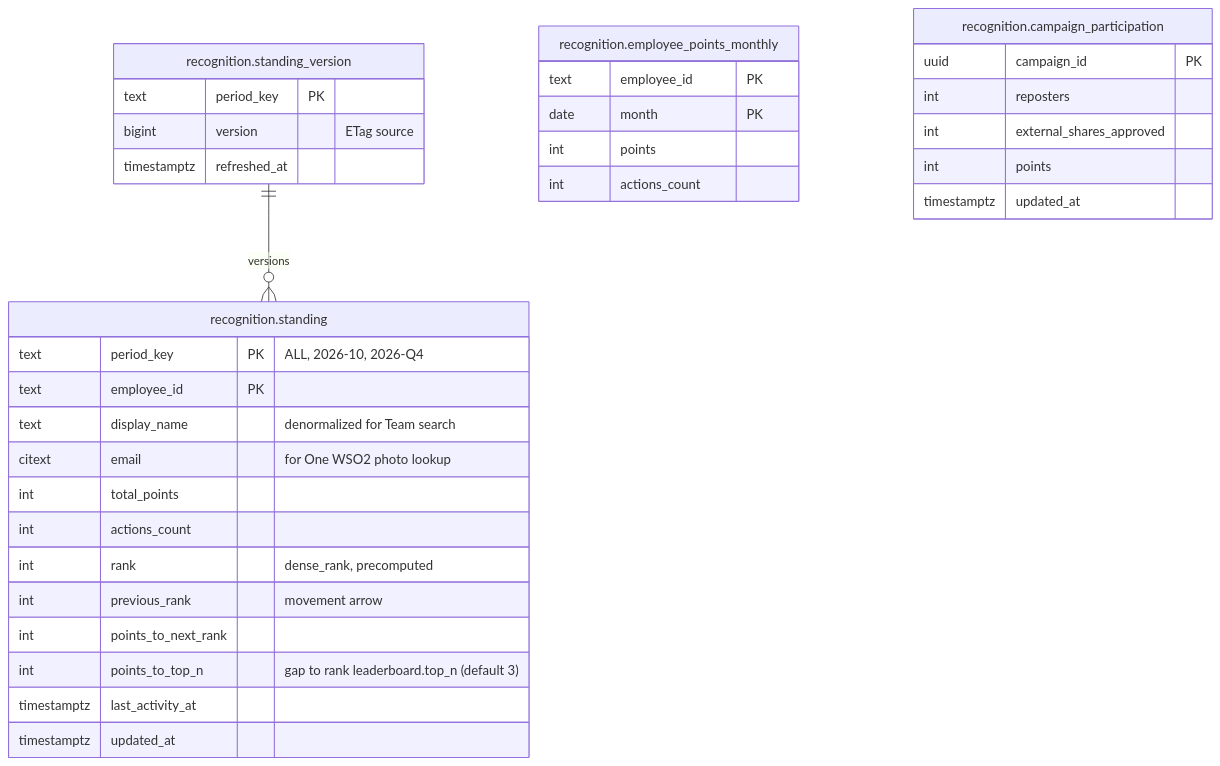
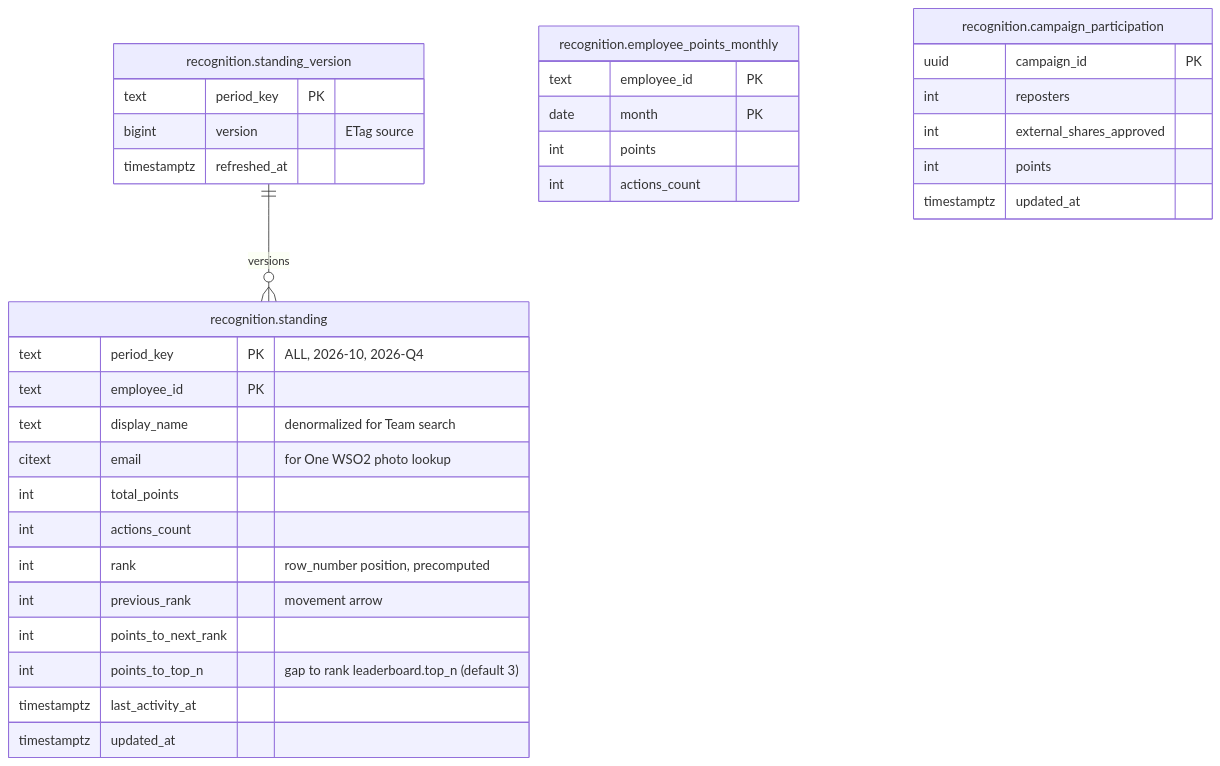
One commit to wso2-open-operations/marketing-tools changed the eighth of 10 diagrams in apps/amplify/architecture/solution/Phase 1/phase1-data-model.md. Above: the diagram before and after it, drawn with Mermaid. The commit also changed other lines of this file and 16 other files, not shown here.

First line of the commit message:
fix(amplify): number the company rank 1, 2, 3... with no ties

````diff
--- a/apps/amplify/architecture/solution/Phase 1/phase1-data-model.md
+++ b/apps/amplify/architecture/solution/Phase 1/phase1-data-model.md
@@ -571,37 +571,37 @@
 ```mermaid
 erDiagram
     STANDING["recognition.standing"] {
         text period_key PK "ALL, 2026-10, 2026-Q4"
         text employee_id PK
         text display_name "denormalized for Team search"
         citext email "for One WSO2 photo lookup"
         int total_points
         int actions_count
-        int rank "dense_rank, precomputed"
+        int rank "row_number position, precomputed"
         int previous_rank "movement arrow"
         int points_to_next_rank
         int points_to_top_n "gap to rank leaderboard.top_n (default 3)"
         timestamptz last_activity_at
         timestamptz updated_at
     }
     STANDING_VERSION["recognition.standing_version"] {
         text period_key PK
         bigint version "ETag source"
         timestamptz refreshed_at
     }
     EMPLOYEE_POINTS_MONTHLY["recognition.employee_points_monthly"] {
         text employee_id PK
         date month PK
         int points
         int actions_count
     }
     CAMPAIGN_PARTICIPATION["recognition.campaign_participation"] {
         uuid campaign_id PK
         int reposters
         int external_shares_approved
         int points
         timestamptz updated_at
     }
 
     STANDING_VERSION ||--o{ STANDING : "versions"
 ```
````
